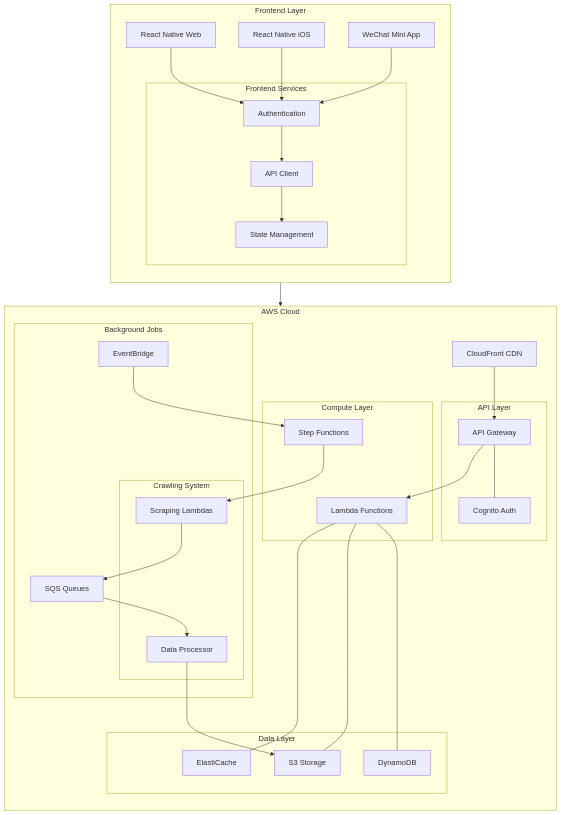
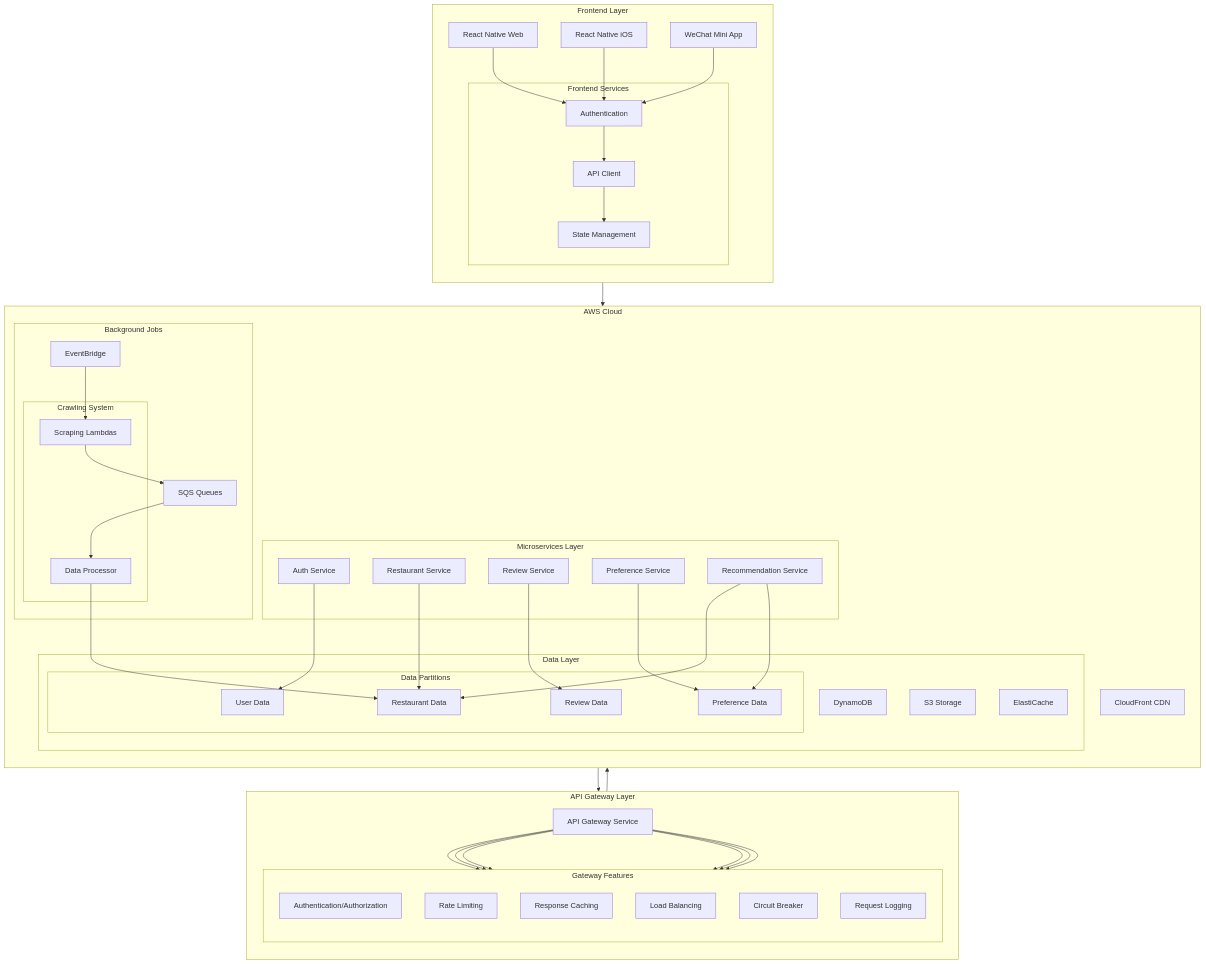
The first of 2 diagrams in README.md (chenmingwei23/smart-dine), drawn with Mermaid before and after one commit. The commit also changed 1 other file, not shown here.

Commit message:
docs: Add comprehensive API Gateway implementation guide
- Document architectural decisions:
  * FastAPI vs Go performance analysis
  * AWS scaling considerations
  * Migration paths for future scale
- Add technical guides:
  * Service setup and configuration
  * Development workflow
  * Common issues and solutions
- Include performance benchmarks:
  * Request handling capacity
  * Memory usage patterns
  * Scaling thresholds
- Update deployment instructions for microservices

The documentation provides clear guidance for development,
maintenance, and future scaling decisions.

````diff
--- a/README.md
+++ b/README.md
@@ -100,24 +100,49 @@
         APIClient --> StateManagement
     end
 
+    subgraph APIGatewayLayer["API Gateway Layer"]
+        direction TB
+        APIGatewayService["API Gateway Service"]
+        subgraph GatewayFeatures["Gateway Features"]
+            direction TB
+            Authentication["Authentication/Authorization"]
+            RateLimiting["Rate Limiting"]
+            Caching["Response Caching"]
+            LoadBalancing["Load Balancing"]
+            CircuitBreaker["Circuit Breaker"]
+            Logging["Request Logging"]
+        end
+        APIGatewayService --> Authentication
+        APIGatewayService --> RateLimiting
+        APIGatewayService --> Caching
+        APIGatewayService --> LoadBalancing
+        APIGatewayService --> CircuitBreaker
+        APIGatewayService --> Logging
+    end
+
     subgraph AWSCloud["AWS Cloud"]
         direction TB
         CloudFront["CloudFront CDN"]
         
-        subgraph APILayer["API Layer"]
-            APIGateway["API Gateway"]
-            Cognito["Cognito Auth"]
-        end
-        
-        subgraph ComputeLayer["Compute Layer"]
-            Lambda["Lambda Functions"]
-            StepFunctions["Step Functions"]
+        subgraph ServiceLayer["Microservices Layer"]
+            AuthService["Auth Service"]
+            RestaurantService["Restaurant Service"]
+            PreferenceService["Preference Service"]
+            ReviewService["Review Service"]
+            RecommendationService["Recommendation Service"]
         end
         
         subgraph DataLayer["Data Layer"]
             DynamoDB["DynamoDB"]
             S3["S3 Storage"]
             ElasticCache["ElastiCache"]
+            
+            subgraph DataPartitions["Data Partitions"]
+                UserDB["User Data"]
+                RestaurantDB["Restaurant Data"]
+                ReviewDB["Review Data"]
+                PreferenceDB["Preference Data"]
+            end
         end
         
         subgraph BackgroundJobs["Background Jobs"]
@@ -132,16 +157,18 @@
     end
     
     FrontendLayer --> CloudFront
-    CloudFront --> APIGateway
-    APIGateway --- Cognito
-    APIGateway --> Lambda
-    Lambda --- DynamoDB
-    Lambda --- S3
-    Lambda --- ElasticCache
+    CloudFront --> APIGatewayLayer
+    APIGatewayLayer --> ServiceLayer
     
-    EventBridge --> StepFunctions
-    StepFunctions --> Scrapers
+    AuthService --> UserDB
+    RestaurantService --> RestaurantDB
+    ReviewService --> ReviewDB
+    PreferenceService --> PreferenceDB
+    RecommendationService --> RestaurantDB
+    RecommendationService --> PreferenceDB
+    
+    EventBridge --> Scrapers
     Scrapers --> SQS
     SQS --> DataProcessor
-    DataProcessor --> S3
+    DataProcessor --> RestaurantDB
 ```
````
